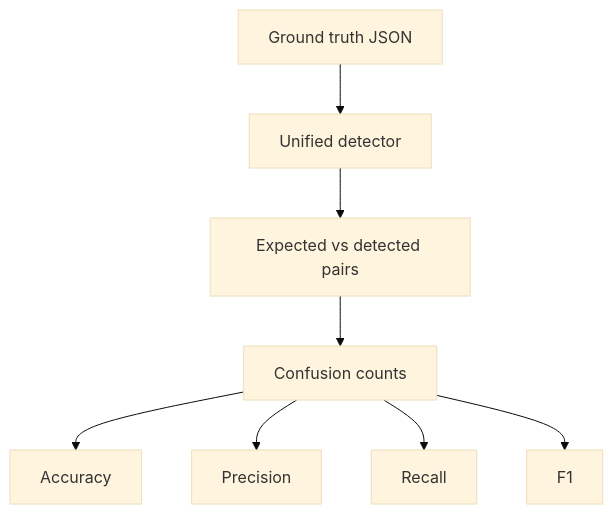
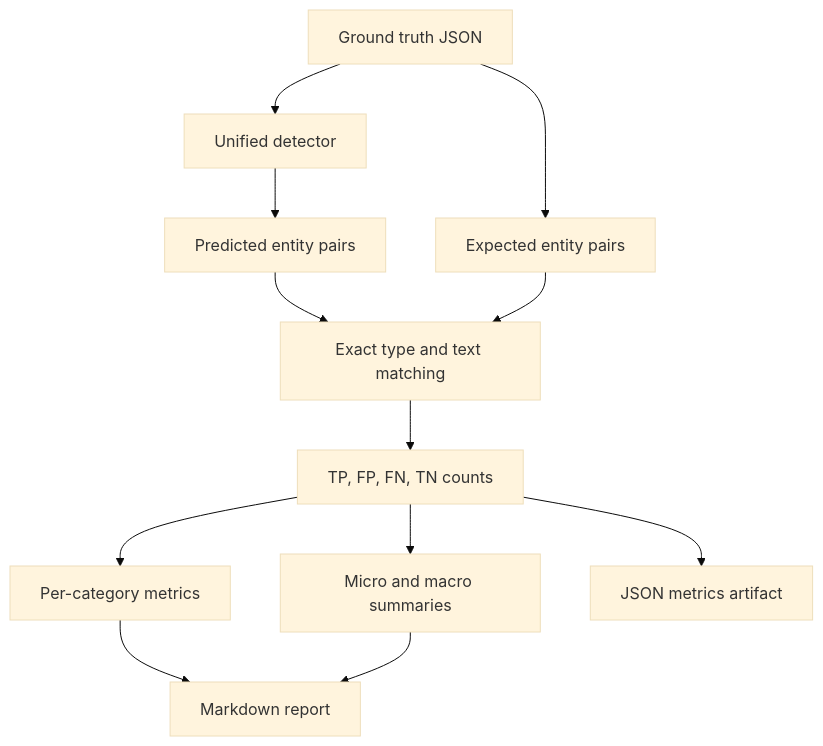
The diagram in docs/evaluation.md (manish26m/piishield-assignment), drawn with Mermaid (base theme) before and after one commit. The commit also changed other lines of this file, not shown here.

Commit message:
Expand evaluation strategy and metrics documentation

````diff
--- a/docs/evaluation.md
+++ b/docs/evaluation.md
@@ -6,10 +71,14 @@
 ```mermaid
 flowchart TD
     A[Ground truth JSON] --> B[Unified detector]
-    B --> C[Expected vs detected pairs]
-    C --> D[Confusion counts]
-    D --> E[Accuracy]
-    D --> F[Precision]
-    D --> G[Recall]
-    D --> H[F1]
+    B --> C[Predicted entity pairs]
+    A --> D[Expected entity pairs]
+    C --> E[Exact type and text matching]
+    D --> E
+    E --> F[TP, FP, FN, TN counts]
+    F --> G[Per-category metrics]
+    F --> H[Micro and macro summaries]
+    G --> I[Markdown report]
+    H --> I
+    F --> J[JSON metrics artifact]
 ```
````
